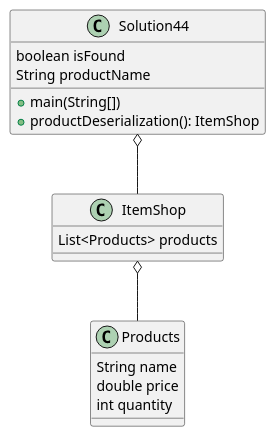
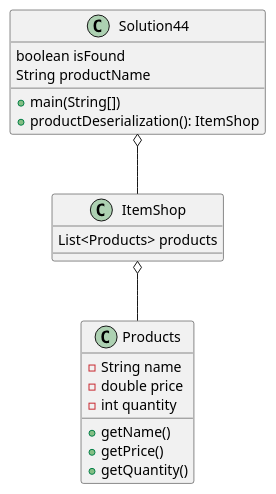
The diagram in exercise44/docs/main.puml (nader-fares/fares-a04), drawn with PlantUML before and after one commit. The commit also changed 58 other files, not shown here.

```diff
--- a/exercise44/docs/main.puml
+++ b/exercise44/docs/main.puml
@@ -1,23 +1,26 @@
 @startuml
 'https://plantuml.com/sequence-diagram
 
 class Solution44 {
 boolean isFound
 String productName
 +main(String[])
 +productDeserialization(): ItemShop
 }
 
 class Products {
-String name
-double price
-int quantity
+-String name
+-double price
+-int quantity
++getName()
++getPrice()
++getQuantity()
 }
 
 class ItemShop{
 List<Products> products
 }
 
 Solution44 o-- ItemShop
 ItemShop o-- Products
 @enduml
```
